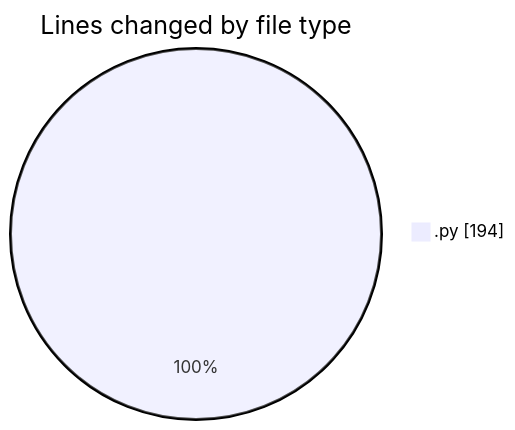
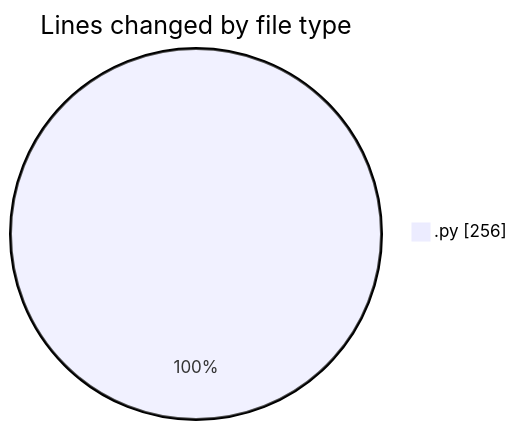
One commit to FelipKnott/code-tracking changed the first of 2 diagrams in 2025-07-13/cursor/README.md. Above: the diagram before and after it, drawn with Mermaid. The commit also changed other lines of this file and 1 other file, not shown here.

````diff
--- a/2025-07-13/cursor/README.md
+++ b/2025-07-13/cursor/README.md
@@ -21,5 +22,5 @@
 ```mermaid
 pie showData
 title Lines changed by file type
-".py" : 194
+".py" : 256
 ```
````
